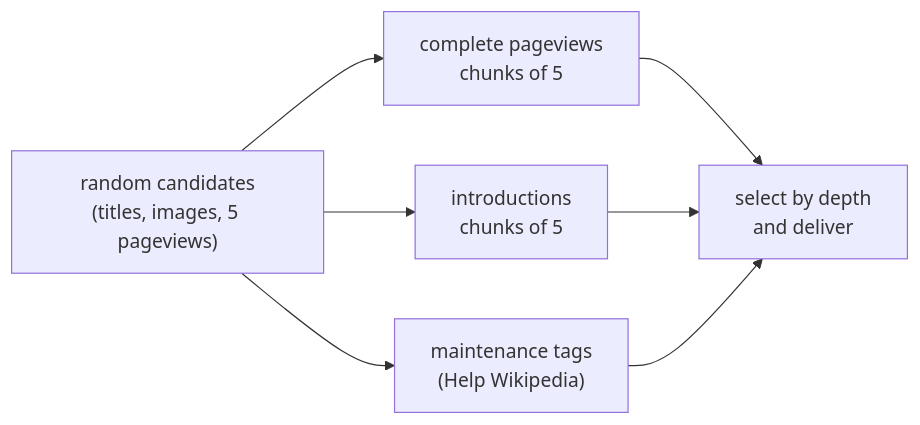
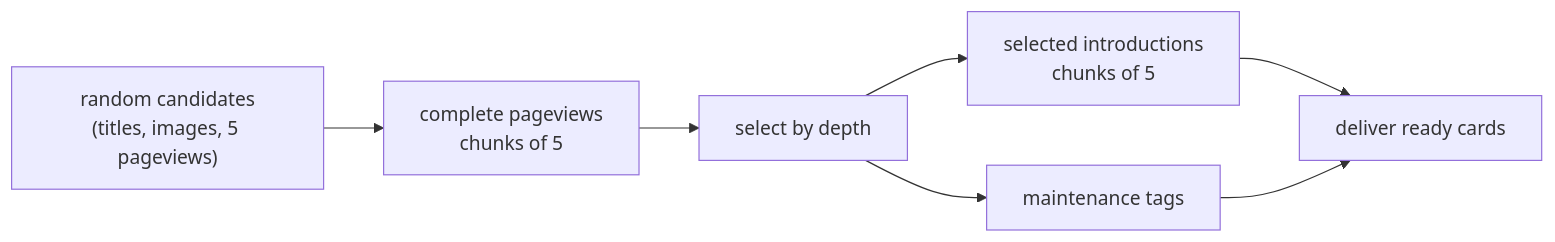
The diagram in docs/ENGINEERING.md (Golps/WikiScroll), drawn with Mermaid before and after one commit. The commit also changed other lines of this file and 1 other file, not shown here.

````diff
--- a/docs/ENGINEERING.md
+++ b/docs/ENGINEERING.md
@@ -98,7 +98,8 @@
 ```mermaid
 flowchart LR
   A["random candidates<br>(titles, images, 5 pageviews)"] --> B["complete pageviews<br>chunks of 5"]
-  A --> C["introductions<br>chunks of 5"]
-  A --> D["maintenance tags<br>(Help Wikipedia)"]
-  B & C & D --> E["select by depth<br>and deliver"]
+  B --> E["select by depth"]
+  E --> C["selected introductions<br>chunks of 5"]
+  E --> D["maintenance tags"]
+  C & D --> F["deliver ready cards"]
 ```
````
